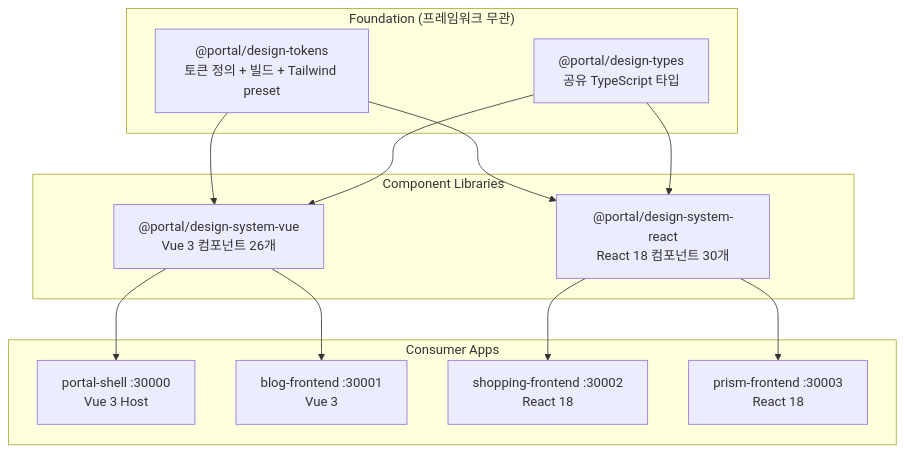
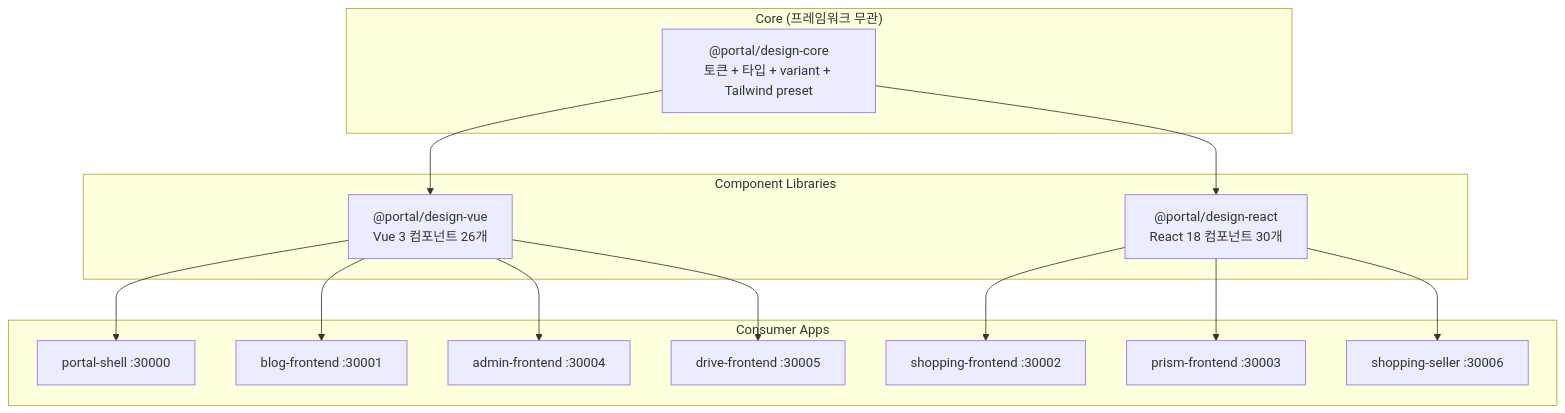
The diagram in docs/architecture/design-system/README.md (L-a-z-e/portal-universe), drawn with Mermaid before and after one commit. The commit also changed other lines of this file and 539 other files, not shown here.

First line of the commit message:
refactor(design-system): consolidate 4 packages into 3 (ADR-043)

````diff
--- a/docs/architecture/design-system/README.md
+++ b/docs/architecture/design-system/README.md
@@ -57,29 +57,32 @@
 ```mermaid
 graph TB
-    subgraph "Foundation (프레임워크 무관)"
-        DT["@portal/design-tokens<br/>토큰 정의 + 빌드 + Tailwind preset"]
-        DY["@portal/design-types<br/>공유 TypeScript 타입"]
+    subgraph "Core (프레임워크 무관)"
+        DC["@portal/design-core<br/>토큰 + 타입 + variant + Tailwind preset"]
     end
 
     subgraph "Component Libraries"
-        VUE["@portal/design-system-vue<br/>Vue 3 컴포넌트 26개"]
-        REACT["@portal/design-system-react<br/>React 18 컴포넌트 30개"]
+        VUE["@portal/design-vue<br/>Vue 3 컴포넌트 26개"]
+        REACT["@portal/design-react<br/>React 18 컴포넌트 30개"]
     end
 
     subgraph "Consumer Apps"
-        SHELL["portal-shell :30000<br/>Vue 3 Host"]
-        BLOG["blog-frontend :30001<br/>Vue 3"]
-        SHOP["shopping-frontend :30002<br/>React 18"]
-        PRISM["prism-frontend :30003<br/>React 18"]
+        SHELL["portal-shell :30000"]
+        BLOG["blog-frontend :30001"]
+        ADMIN["admin-frontend :30004"]
+        DRIVE["drive-frontend :30005"]
+        SHOP["shopping-frontend :30002"]
+        PRISM["prism-frontend :30003"]
+        SELLER["shopping-seller :30006"]
     end
 
-    DT --> VUE
-    DT --> REACT
-    DY --> VUE
-    DY --> REACT
+    DC --> VUE
+    DC --> REACT
 
     VUE --> SHELL
     VUE --> BLOG
+    VUE --> ADMIN
+    VUE --> DRIVE
     REACT --> SHOP
     REACT --> PRISM
+    REACT --> SELLER
 ```
````
